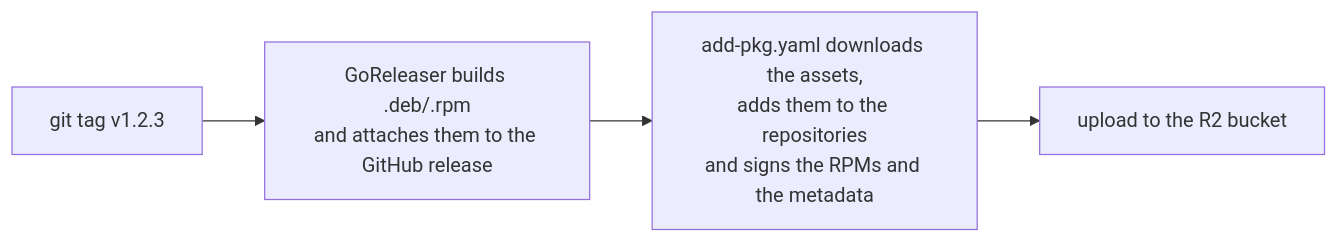
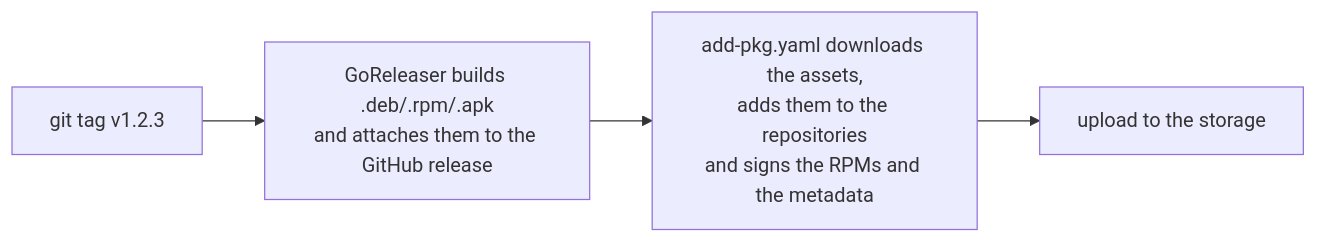
Before and after one commit to byjg/byjg.github.io: the diagram in docs/opensource/guidelines/linux-packages.md, drawn with Mermaid. The commit also changed other lines of this file and 4 other files, not shown here.

Commit message:
Alpine repository: add-pkg indexes and signs the .apk of a release; the packages page sets it up

````diff
--- a/docs/opensource/guidelines/linux-packages.md
+++ b/docs/opensource/guidelines/linux-packages.md
@@ -22,6 +22,6 @@
 ```mermaid
 flowchart LR
-    tag["git tag v1.2.3"] --> build["GoReleaser builds .deb/.rpm<br/>and attaches them to the GitHub release"]
+    tag["git tag v1.2.3"] --> build["GoReleaser builds .deb/.rpm/.apk<br/>and attaches them to the GitHub release"]
     build --> addpkg["add-pkg.yaml downloads the assets,<br/>adds them to the repositories<br/>and signs the RPMs and the metadata"]
-    addpkg --> r2["upload to the R2 bucket"]
+    addpkg --> r2["upload to the storage"]
 ```
````
